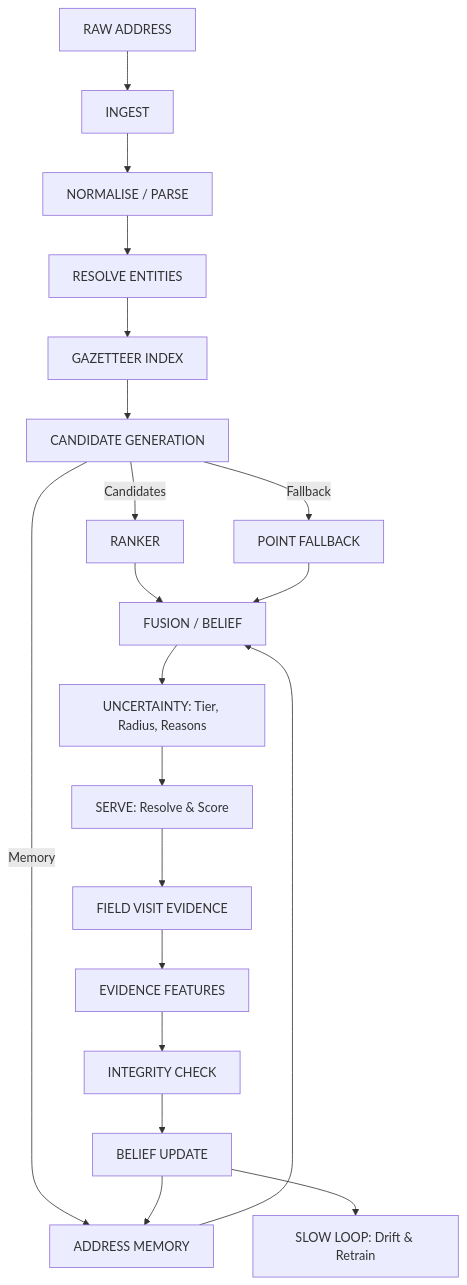
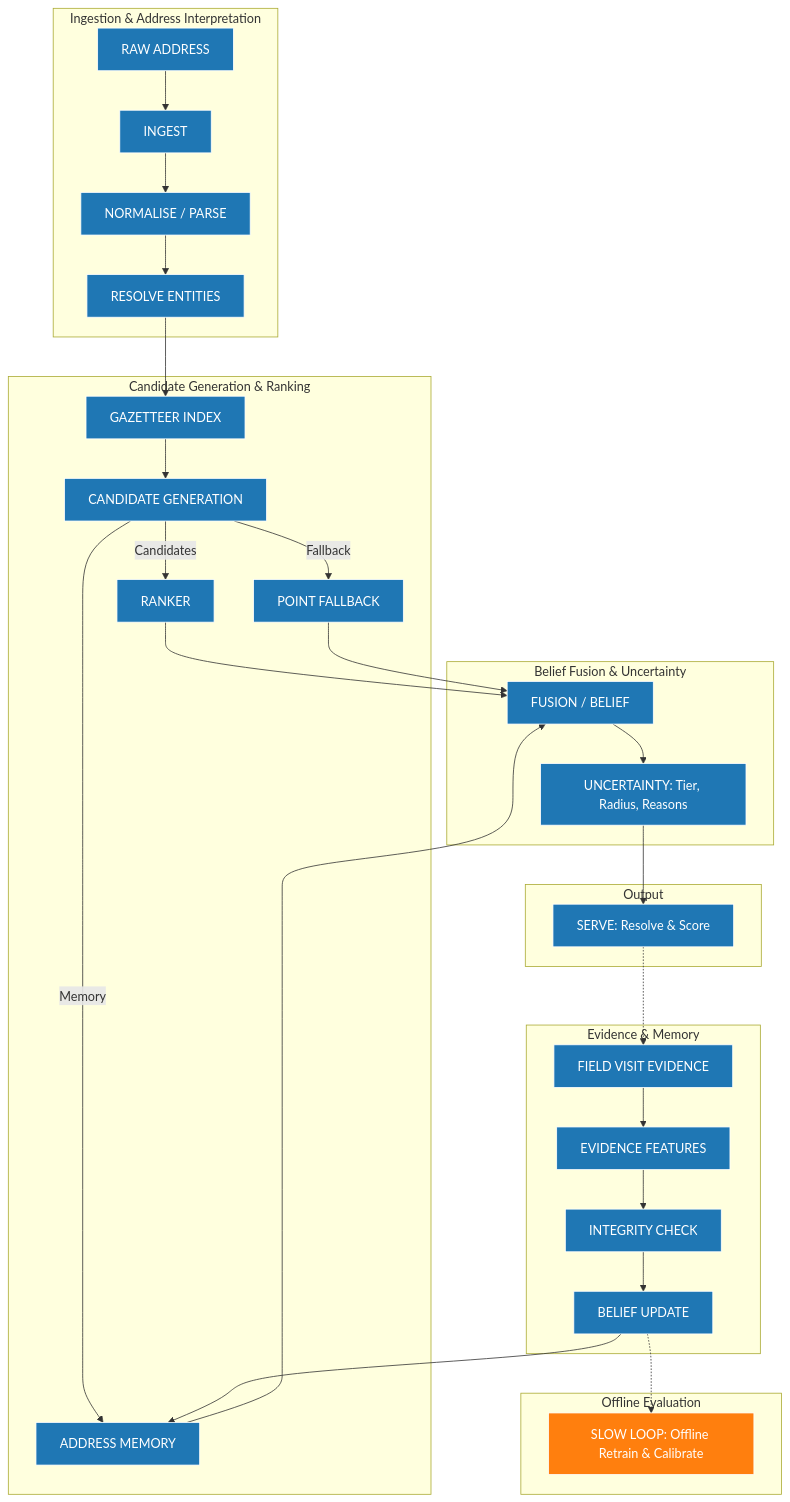
The diagram in README.md (Sohamgaonkhadkar/sutra-geospatial-address-intelligence), drawn with Mermaid before and after one commit. The commit also changed other lines of this file and 29 other files, not shown here.

Commit message:
Update README with final master architecture, EDA plots, and research metrics

````diff
--- a/README.md
+++ b/README.md
@@ -38,27 +63,46 @@
 ```mermaid
 flowchart TD
-    A[RAW ADDRESS] --> S0[INGEST]
-    S0 --> S1[NORMALISE / PARSE]
-    S1 --> S2[RESOLVE ENTITIES]
-    S2 --> S3[GAZETTEER INDEX]
-    S3 --> S4[CANDIDATE GENERATION]
+    subgraph Ingestion & Address Interpretation
+        A[RAW ADDRESS] --> S0[INGEST]
+        S0 --> S1[NORMALISE / PARSE]
+        S1 --> S2[RESOLVE ENTITIES]
+    end
+
+    subgraph Candidate Generation & Ranking
+        S2 --> S3[GAZETTEER INDEX]
+        S3 --> S4[CANDIDATE GENERATION]
+        
+        S4 -->|Candidates| S5[RANKER]
+        S4 -->|Fallback| S6[POINT FALLBACK]
+        S4 -->|Memory| S12[ADDRESS MEMORY]
+    end
+
+    subgraph Belief Fusion & Uncertainty
+        S5 --> S7[FUSION / BELIEF]
+        S6 --> S7
+        S12 --> S7
+        S7 --> S8[UNCERTAINTY: Tier, Radius, Reasons]
+    end
+
+    subgraph Output
+        S8 --> SERVE[SERVE: Resolve & Score]
+    end
+
+    subgraph Evidence & Memory
+        SERVE -.-> EVIDENCE[FIELD VISIT EVIDENCE]
+        EVIDENCE --> S9[EVIDENCE FEATURES]
+        S9 --> S10[INTEGRITY CHECK]
+        S10 --> S11[BELIEF UPDATE]
+        S11 --> S12
+    end
+
+    subgraph Offline Evaluation
+        S11 -.-> S13[SLOW LOOP: Offline Retrain & Calibrate]
+    end
+
+    classDef implemented fill:#1f77b4,color:#fff,stroke:#fff;
+    classDef offline fill:#ff7f0e,color:#fff,stroke:#fff;
     
-    S4 -->|Candidates| S5[RANKER]
-    S4 -->|Fallback| S6[POINT FALLBACK]
-    S4 -->|Memory| S12[ADDRESS MEMORY]
-    
-    S5 --> S7[FUSION / BELIEF]
-    S6 --> S7
-    S12 --> S7
-    
-    S7 --> S8[UNCERTAINTY: Tier, Radius, Reasons]
-    S8 --> SERVE[SERVE: Resolve & Score]
-    
-    SERVE --> EVIDENCE[FIELD VISIT EVIDENCE]
-    EVIDENCE --> S9[EVIDENCE FEATURES]
-    S9 --> S10[INTEGRITY CHECK]
-    S10 --> S11[BELIEF UPDATE]
-    S11 --> S12
-    
-    S11 --> S13[SLOW LOOP: Drift & Retrain]
+    class A,S0,S1,S2,S3,S4,S5,S6,S7,S8,SERVE,EVIDENCE,S9,S10,S11,S12 implemented;
+    class S13 offline;
 ```
````
